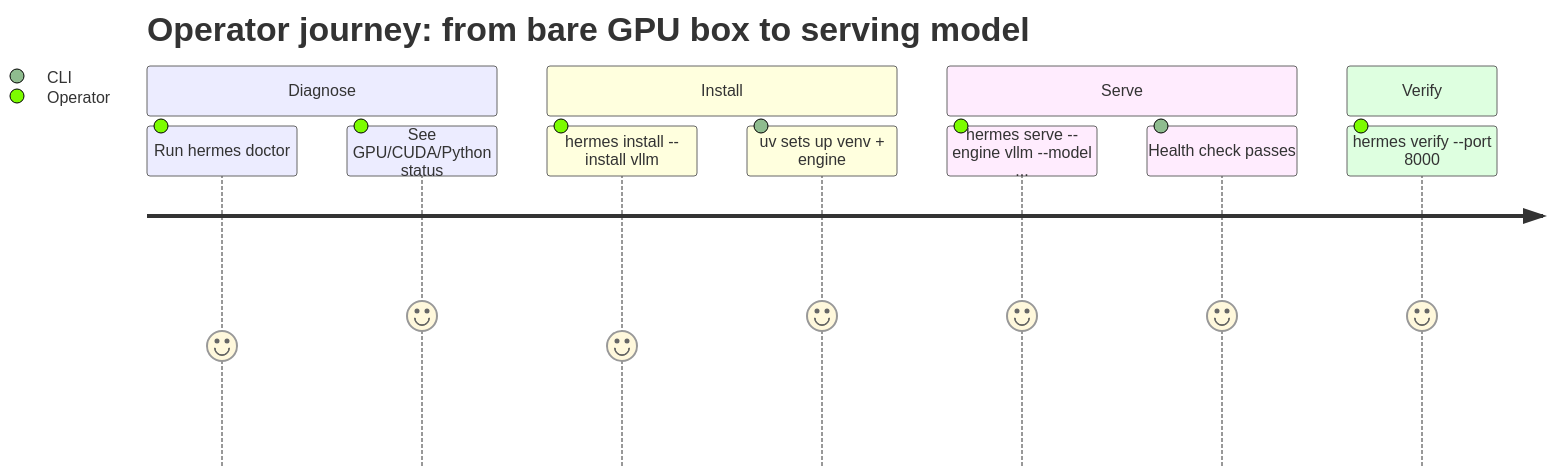
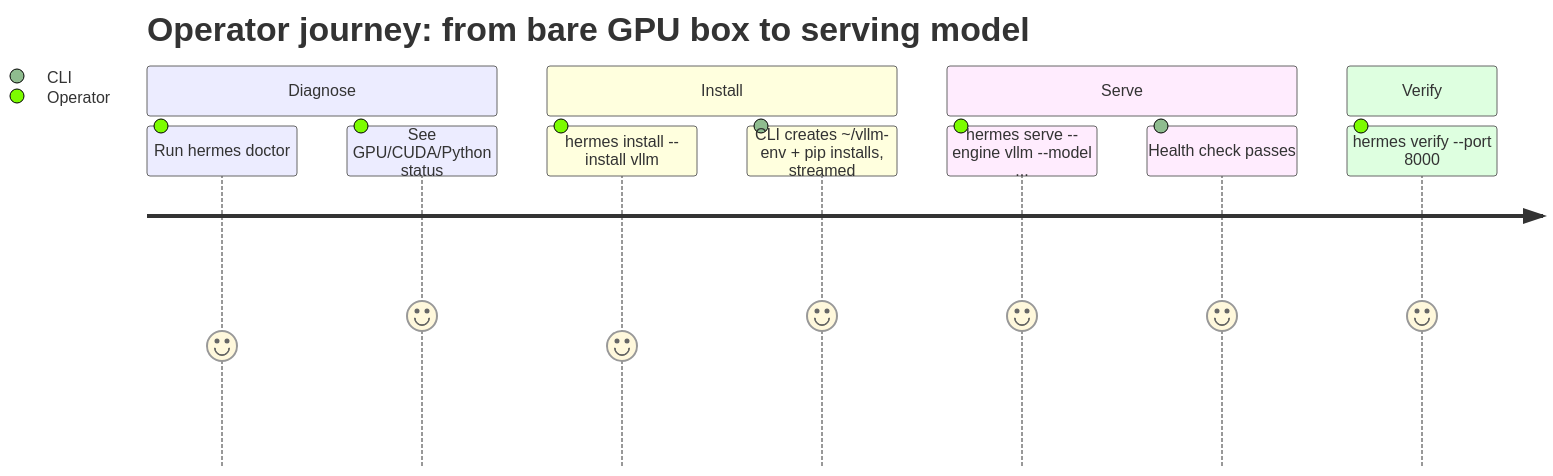
One commit to svngoku/hermes-cli changed the diagram in docs/PRODUCT_SENSE.md. Above: the diagram before and after it, drawn with Mermaid. The commit also changed other lines of this file and 35 other files, not shown here.

````diff
--- a/docs/PRODUCT_SENSE.md
+++ b/docs/PRODUCT_SENSE.md
@@ -13,15 +13,15 @@
 ```mermaid
 journey
     title Operator journey: from bare GPU box to serving model
     section Diagnose
       Run hermes doctor: 4: Operator
       See GPU/CUDA/Python status: 5: Operator
     section Install
       hermes install --install vllm: 4: Operator
-      uv sets up venv + engine: 5: CLI
+      CLI creates ~/vllm-env + pip installs, streamed: 5: CLI
     section Serve
       hermes serve --engine vllm --model ...: 5: Operator
       Health check passes: 5: CLI
     section Verify
       hermes verify --port 8000: 5: Operator
 ```
````
